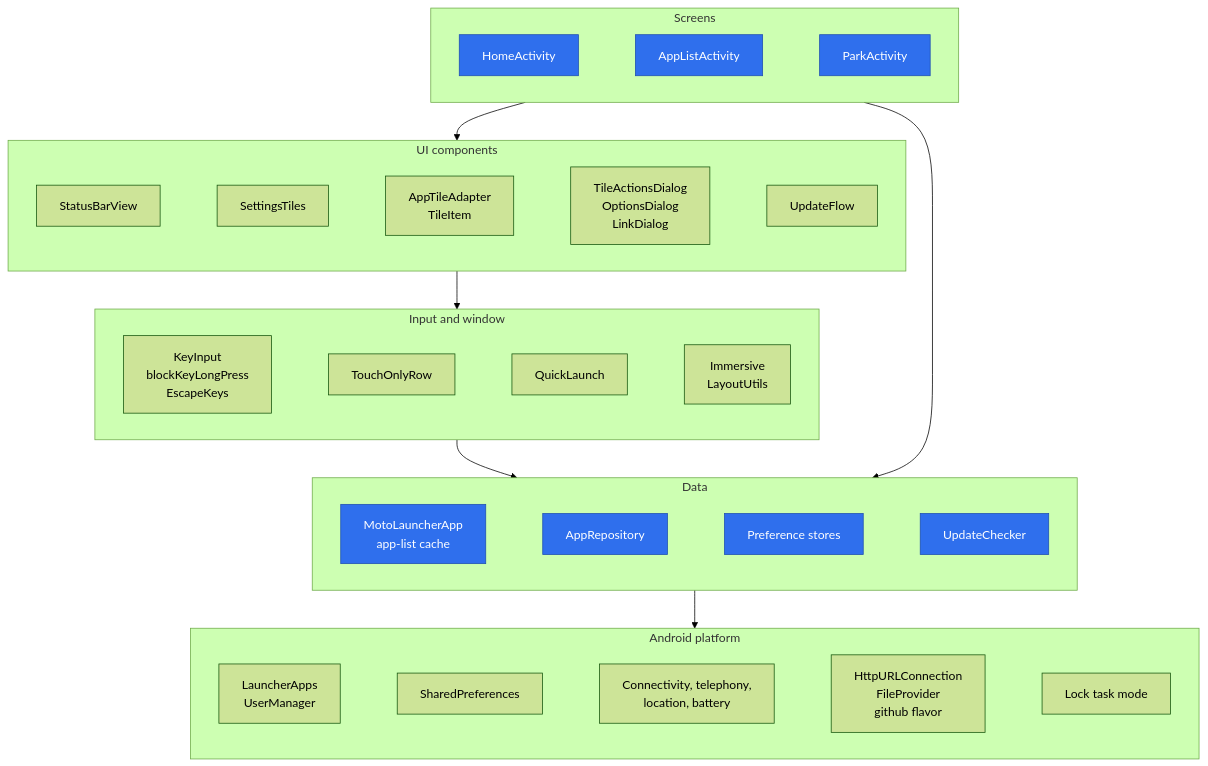
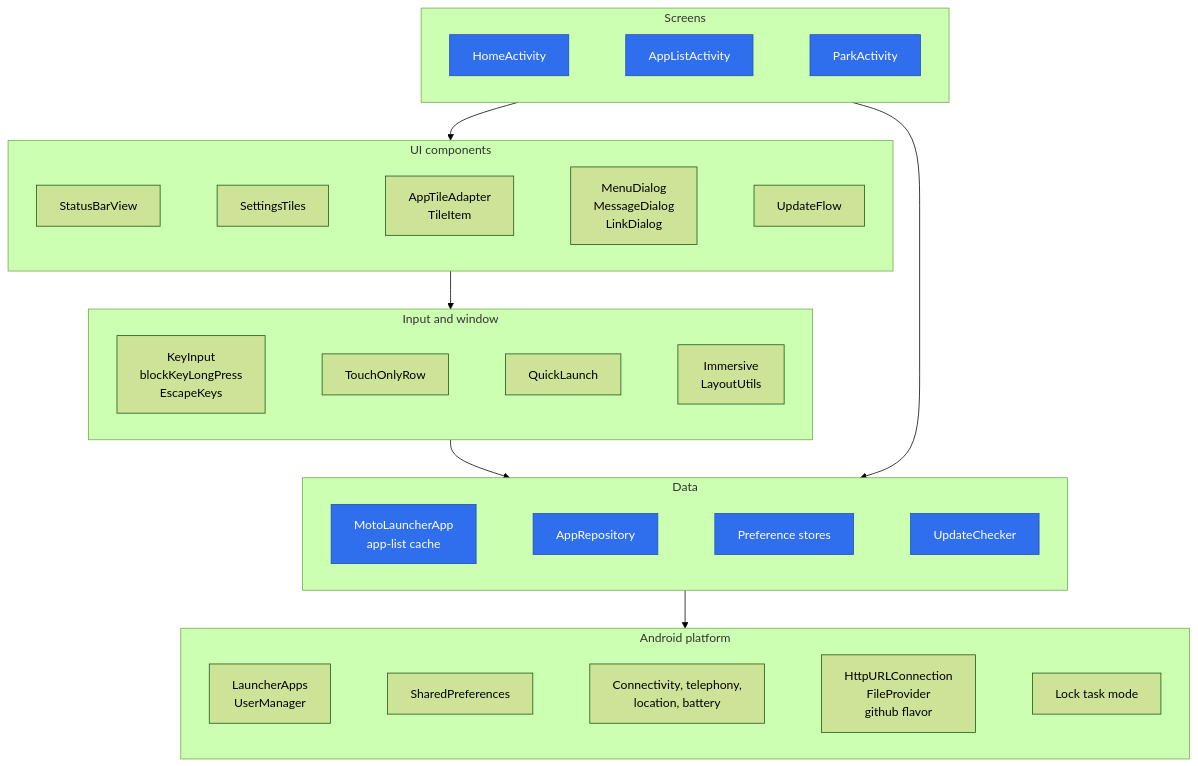
One commit to c0dev0id/motoLauncher changed the second of 3 diagrams in .github/architecture.md. Above: the diagram before and after it, drawn with Mermaid (forest theme). The commit also changed 4 other files, not shown here.

````diff
--- a/.github/architecture.md
+++ b/.github/architecture.md
@@ -60,29 +60,29 @@
 ```mermaid
 flowchart TB
     subgraph screens["Screens"]
         direction LR
         home["HomeActivity"] ~~~ list["AppListActivity"] ~~~ park["ParkActivity"]
     end
     subgraph widgets["UI components"]
         direction LR
-        statusbar["StatusBarView"] ~~~ settings["SettingsTiles"] ~~~ adapter["AppTileAdapter<br/>TileItem"] ~~~ dialogs["TileActionsDialog<br/>OptionsDialog<br/>LinkDialog"] ~~~ updateflow["UpdateFlow"]
+        statusbar["StatusBarView"] ~~~ settings["SettingsTiles"] ~~~ adapter["AppTileAdapter<br/>TileItem"] ~~~ dialogs["MenuDialog<br/>MessageDialog<br/>LinkDialog"] ~~~ updateflow["UpdateFlow"]
     end
     subgraph input["Input and window"]
         direction LR
         keys["KeyInput<br/>blockKeyLongPress<br/>EscapeKeys"] ~~~ touch["TouchOnlyRow"] ~~~ quick["QuickLaunch"] ~~~ immersive["Immersive<br/>LayoutUtils"]
     end
     subgraph data["Data"]
         direction LR
         appc["MotoLauncherApp<br/>app-list cache"] ~~~ repo["AppRepository"] ~~~ stores["Preference stores"] ~~~ updater["UpdateChecker"]
     end
     subgraph platform["Android platform"]
         direction LR
         p1["LauncherApps<br/>UserManager"] ~~~ p2["SharedPreferences"] ~~~ p3["Connectivity, telephony,<br/>location, battery"] ~~~ p4["HttpURLConnection<br/>FileProvider<br/>github flavor"] ~~~ p5["Lock task mode"]
     end
 
     screens --> widgets --> input --> data --> platform
     screens --> data
 
     classDef primary fill:#2F6FED,stroke:#1E4FB0,color:#FFFFFF
     class home,list,park,appc,repo,stores,updater primary
 ```
````
